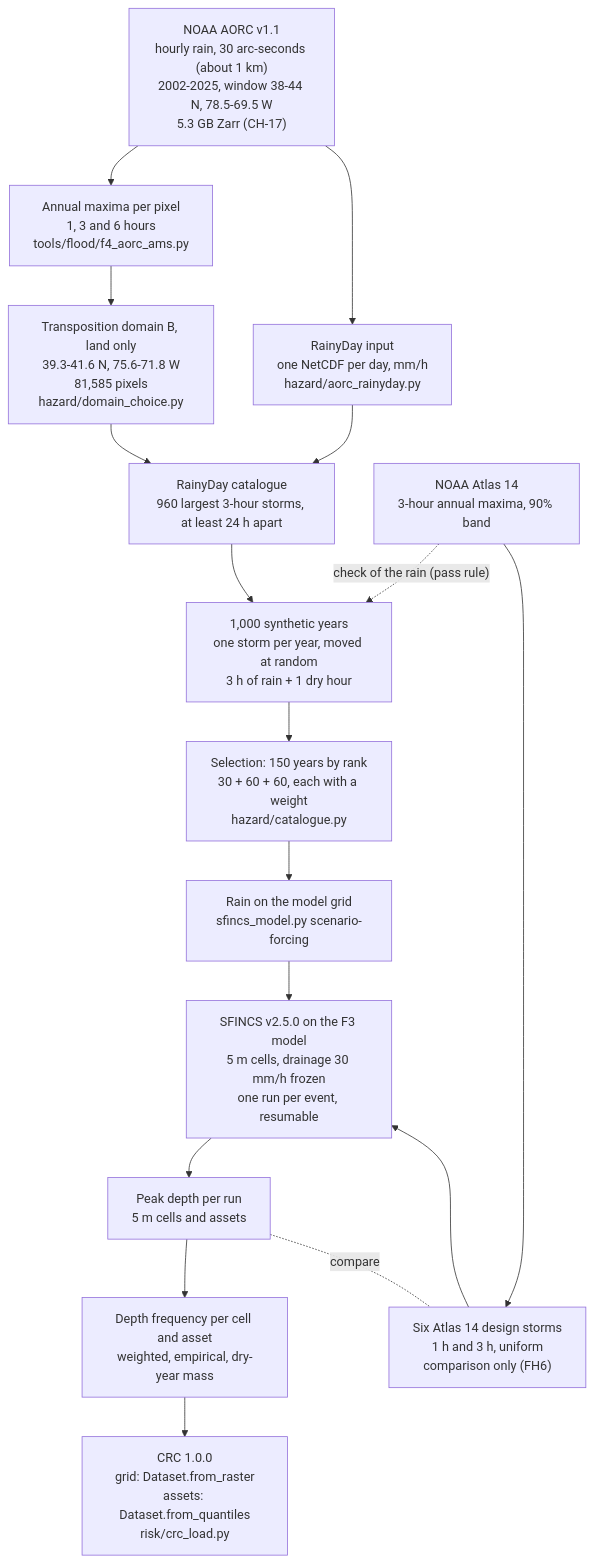
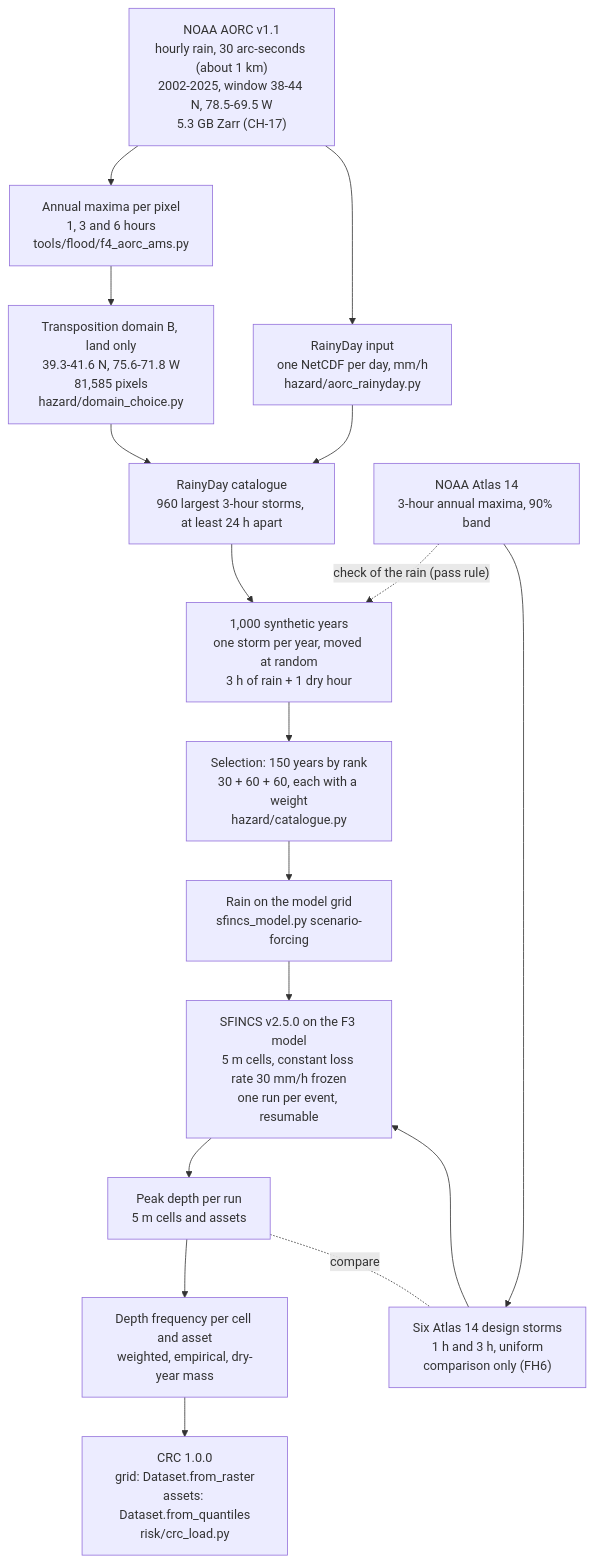
The diagram in docs/flood/figures/diagrams/events-chain.mmd (shlyakh/crc-lab), drawn with Mermaid before and after one commit. The commit also changed 8 other files, not shown here.

Commit message:
Flood docs: hydrology terminology (WMO, USGS, SFINCS) applied to the simulated-events document and diagrams; CH-22 proposed for the requirements

```diff
--- a/docs/flood/figures/diagrams/events-chain.mmd
+++ b/docs/flood/figures/diagrams/events-chain.mmd
@@ -1,21 +1,21 @@
 flowchart TD
     A["NOAA AORC v1.1<br/>hourly rain, 30 arc-seconds (about 1 km)<br/>2002-2025, window 38-44 N, 78.5-69.5 W<br/>5.3 GB Zarr (CH-17)"]
     B["Annual maxima per pixel<br/>1, 3 and 6 hours<br/>tools/flood/f4_aorc_ams.py"]
     C["Transposition domain B, land only<br/>39.3-41.6 N, 75.6-71.8 W<br/>81,585 pixels<br/>hazard/domain_choice.py"]
     D["RainyDay input<br/>one NetCDF per day, mm/h<br/>hazard/aorc_rainyday.py"]
     E["RainyDay catalogue<br/>960 largest 3-hour storms, at least 24 h apart"]
     F["1,000 synthetic years<br/>one storm per year, moved at random<br/>3 h of rain + 1 dry hour"]
     G["Selection: 150 years by rank<br/>30 + 60 + 60, each with a weight<br/>hazard/catalogue.py"]
     H["Rain on the model grid<br/>sfincs_model.py scenario-forcing"]
-    I["SFINCS v2.5.0 on the F3 model<br/>5 m cells, drainage 30 mm/h frozen<br/>one run per event, resumable"]
+    I["SFINCS v2.5.0 on the F3 model<br/>5 m cells, constant loss rate 30 mm/h frozen<br/>one run per event, resumable"]
     J["Peak depth per run<br/>5 m cells and assets"]
     K["Depth frequency per cell and asset<br/>weighted, empirical, dry-year mass"]
     L["CRC 1.0.0<br/>grid: Dataset.from_raster<br/>assets: Dataset.from_quantiles<br/>risk/crc_load.py"]
     M["NOAA Atlas 14<br/>3-hour annual maxima, 90% band"]
     N["Six Atlas 14 design storms<br/>1 h and 3 h, uniform<br/>comparison only (FH6)"]
     A --> B --> C
     A --> D --> E
     C --> E --> F --> G --> H --> I --> J --> K --> L
     M -. "check of the rain (pass rule)" .-> F
     M --> N --> I
     J -. "compare" .- N
```
